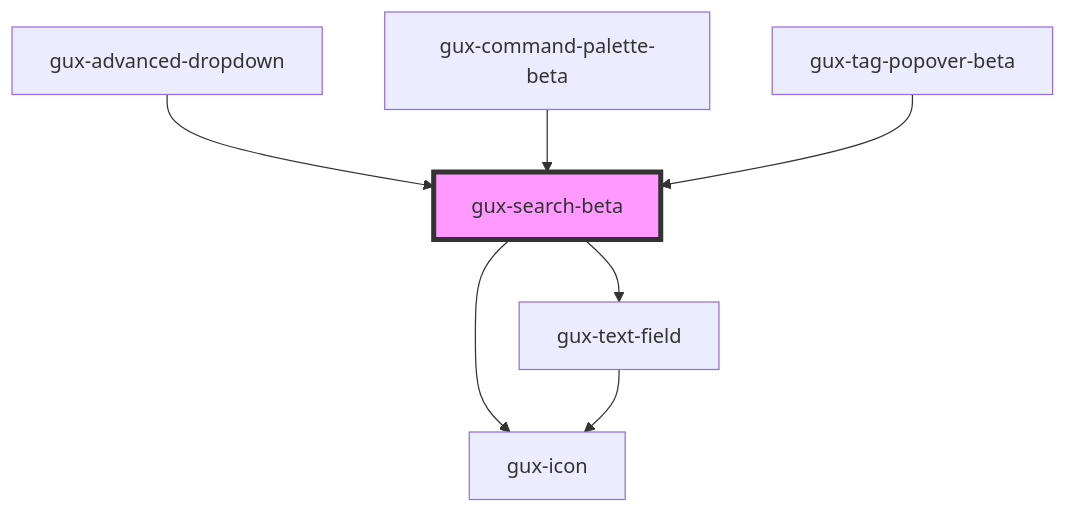
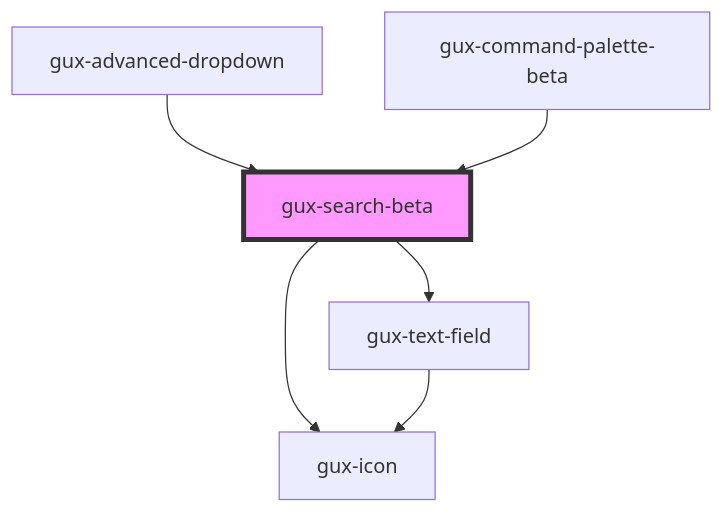
Before and after one commit to willcliff-genesys/genesys-webcomponents: the diagram in src/components/beta/gux-search/readme.md, drawn with Mermaid. The commit also changed other lines of this file and 8 other files, not shown here.

Commit message:
feat(tag-popover): write tag and select tag functionality

````diff
--- a/src/components/beta/gux-search/readme.md
+++ b/src/components/beta/gux-search/readme.md
@@ -66,10 +65,9 @@
 ```mermaid
 graph TD;
   gux-search-beta --> gux-text-field
   gux-search-beta --> gux-icon
   gux-text-field --> gux-icon
   gux-advanced-dropdown --> gux-search-beta
   gux-command-palette-beta --> gux-search-beta
-  gux-tag-popover-beta --> gux-search-beta
   style gux-search-beta fill:#f9f,stroke:#333,stroke-width:4px
 ```
````
